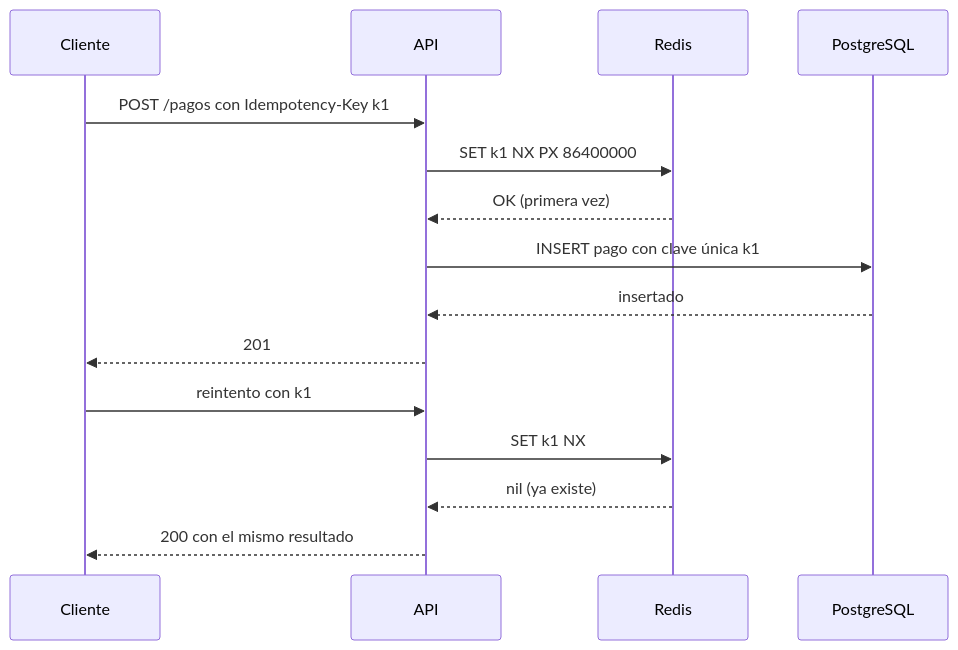
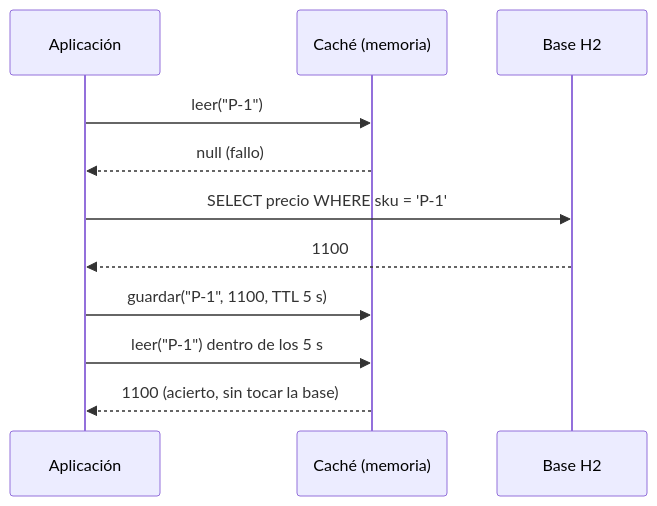
Before and after one commit to NICORUIZ93/The_Imperial_Book: the third of 4 diagrams in web/public/content/arquitectura/modulo-2.md, drawn with Mermaid. The commit also changed other lines of this file and 7 other files, not shown here.

````diff
--- a/web/public/content/arquitectura/modulo-2.md
+++ b/web/public/content/arquitectura/modulo-2.md
@@ -289,17 +1114,13 @@
 ```mermaid
 sequenceDiagram
-    participant C as Cliente
-    participant A as API
-    participant R as Redis
-    participant D as PostgreSQL
-    C->>A: POST /pagos con Idempotency-Key k1
-    A->>R: SET k1 NX PX 86400000
-    R-->>A: OK (primera vez)
-    A->>D: INSERT pago con clave única k1
-    D-->>A: insertado
-    A-->>C: 201
-    C->>A: reintento con k1
-    A->>R: SET k1 NX
-    R-->>A: nil (ya existe)
-    A-->>C: 200 con el mismo resultado
+    participant A as Aplicación
+    participant C as Caché (memoria)
+    participant B as Base H2
+    A->>C: leer("P-1")
+    C-->>A: null (fallo)
+    A->>B: SELECT precio WHERE sku = 'P-1'
+    B-->>A: 1100
+    A->>C: guardar("P-1", 1100, TTL 5 s)
+    A->>C: leer("P-1") dentro de los 5 s
+    C-->>A: 1100 (acierto, sin tocar la base)
 ```
````
